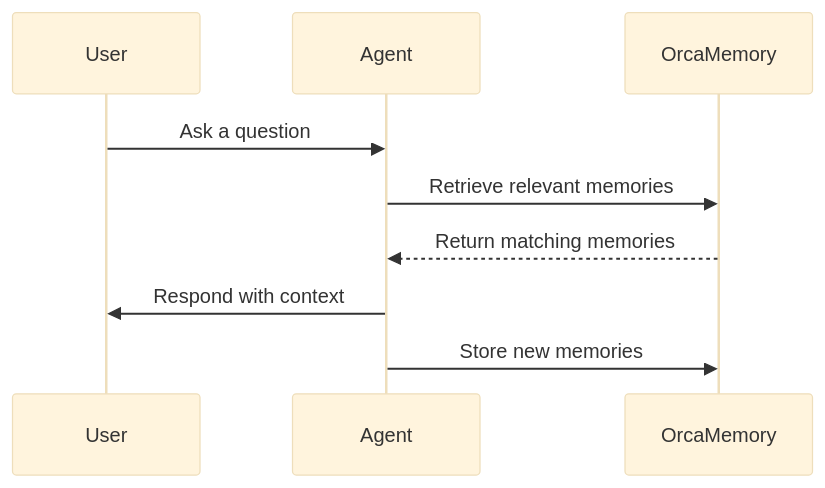
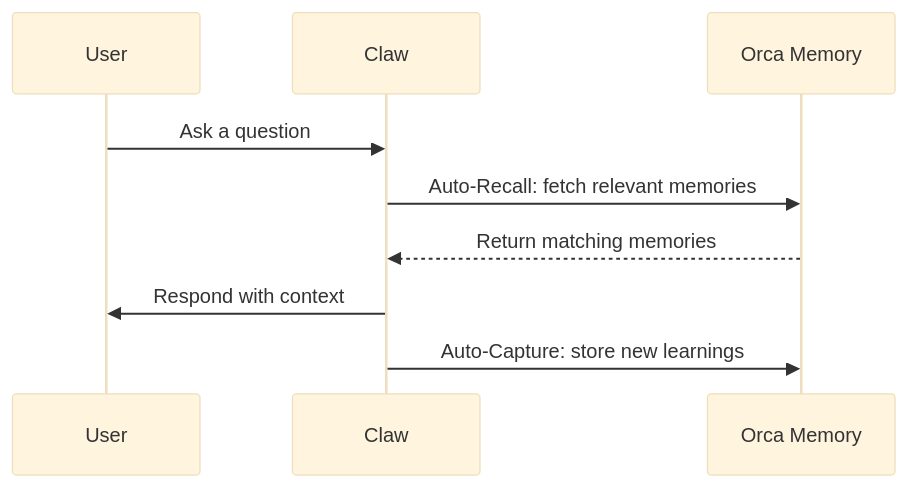
One commit to Nebaura-Labs/orcamemory changed the diagram in apps/docs/concepts.mdx. Above: the diagram before and after it, drawn with Mermaid (base theme). The commit also changed other lines of this file and 12 other files, not shown here.

First line of the commit message:
docs: fix Orca Memory branding and API URLs

````diff
--- a/apps/docs/concepts.mdx
+++ b/apps/docs/concepts.mdx
@@ -97,12 +99,12 @@
 ```mermaid
 sequenceDiagram
     participant User
-    participant Agent
-    participant OrcaMemory
+    participant Claw
+    participant Orca Memory
     
-    User->>Agent: Ask a question
-    Agent->>OrcaMemory: Retrieve relevant memories
-    OrcaMemory-->>Agent: Return matching memories
-    Agent->>User: Respond with context
-    Agent->>OrcaMemory: Store new memories
+    User->>Claw: Ask a question
+    Claw->>Orca Memory: Auto-Recall: fetch relevant memories
+    Orca Memory-->>Claw: Return matching memories
+    Claw->>User: Respond with context
+    Claw->>Orca Memory: Auto-Capture: store new learnings
 ```
````
